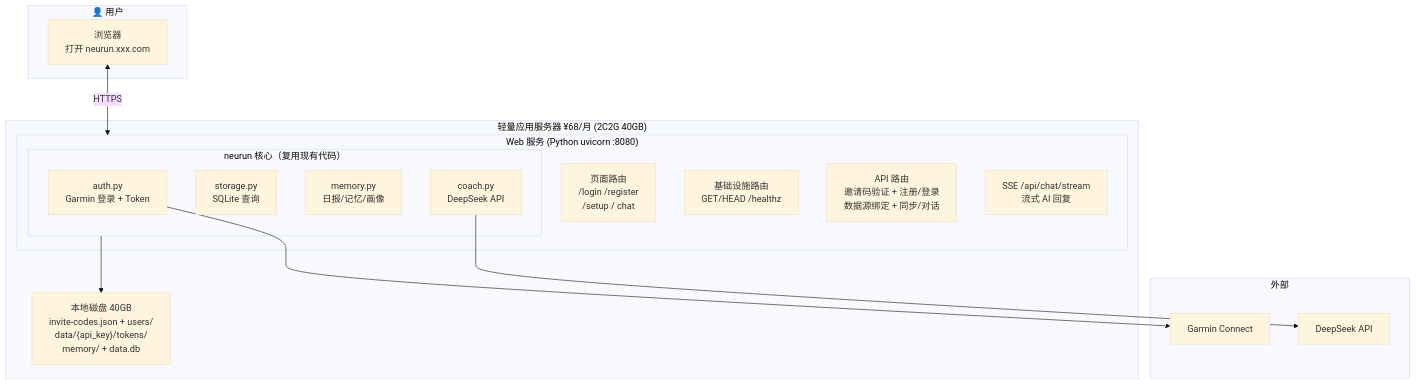
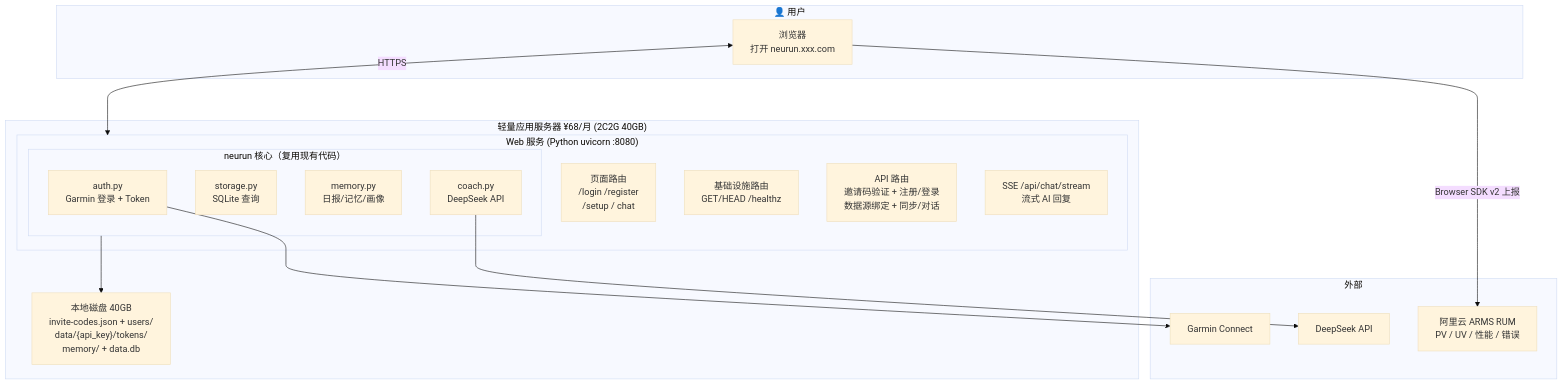
The first of 2 diagrams in docs/design/13-sae-deployment.md (qd1993102/rundown), drawn with Mermaid (base theme) before and after one commit. The commit also changed other lines of this file and 29 other files, not shown here.

````diff
--- a/docs/design/13-sae-deployment.md
+++ b/docs/design/13-sae-deployment.md
@@ -19,33 +19,35 @@
 ```mermaid
 graph TB
     subgraph USER["👤 用户"]
         BROWSER["浏览器<br/>打开 neurun.xxx.com"]
     end
 
     subgraph VPS["轻量应用服务器 ¥68/月 (2C2G 40GB)"]
         subgraph WEB["Web 服务 (Python uvicorn :8080)"]
             PAGES["页面路由<br/>/login /register<br/>/setup / chat"]
             HEALTH["基础设施路由<br/>GET/HEAD /healthz"]
             API["API 路由<br/>邀请码验证 + 注册/登录<br/>数据源绑定 + 同步/对话"]
             SSE["SSE /api/chat/stream<br/>流式 AI 回复"]
 
             subgraph CORE["neurun 核心（复用现有代码）"]
                 AUTH["auth.py<br/>Garmin 登录 + Token"]
                 STORAGE["storage.py<br/>SQLite 查询"]
                 MEMORY["memory.py<br/>日报/记忆/画像"]
                 COACH["coach.py<br/>DeepSeek API"]
             end
         end
         DISK["本地磁盘 40GB<br/>invite-codes.json + users/<br/>data/{api_key}/tokens/<br/>memory/ + data.db"]
     end
 
     subgraph EXTERNAL["外部"]
         GARMIN["Garmin Connect"]
         DEEPSEEK["DeepSeek API"]
+        ARMS["阿里云 ARMS RUM<br/>PV / UV / 性能 / 错误"]
     end
 
     BROWSER <-->|"HTTPS"| WEB
+    BROWSER -->|"Browser SDK v2 上报"| ARMS
     AUTH --> GARMIN
     COACH --> DEEPSEEK
     CORE --> DISK
 ```
````
